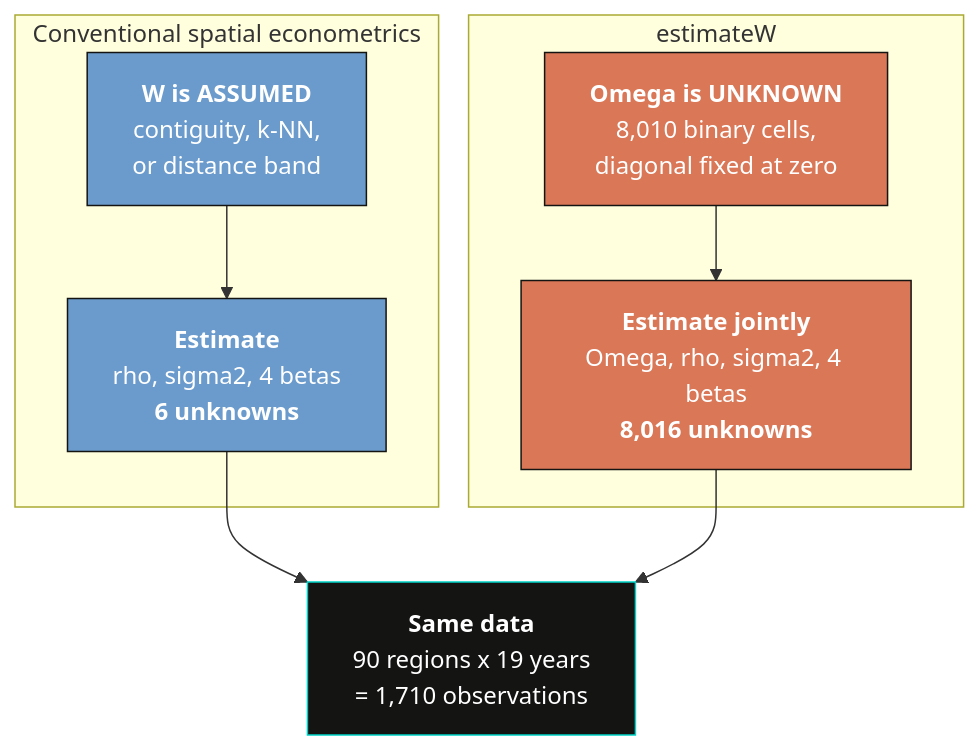
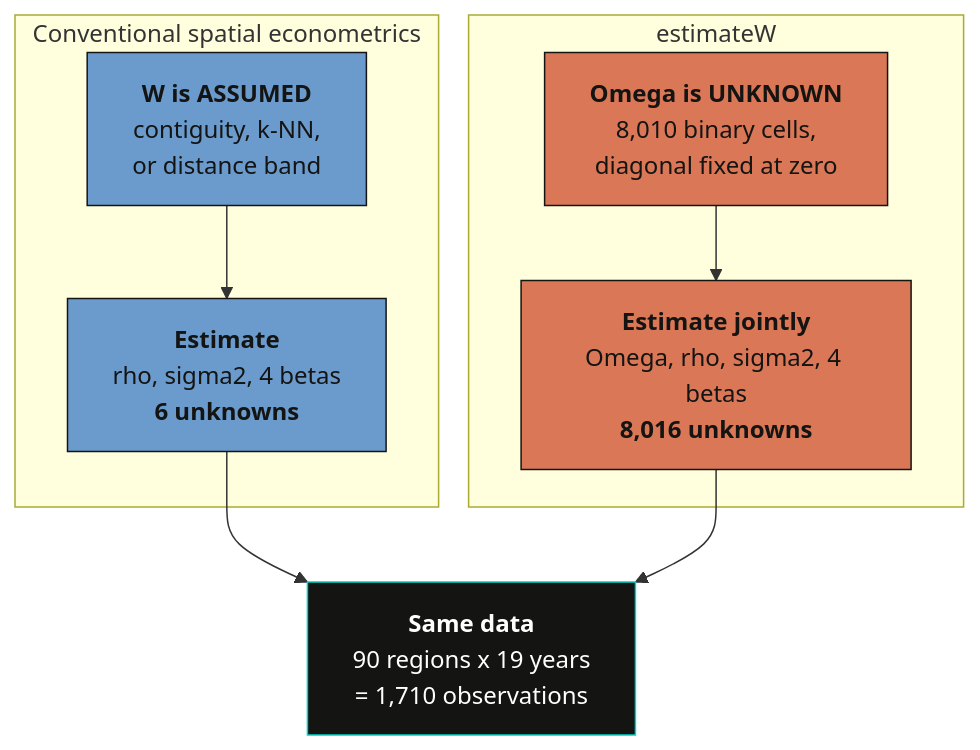
One commit to cmg777/starter-academic-v501 changed the second of 4 diagrams in content/post/r_estimateW/index.md. Above: the diagram before and after it, drawn with Mermaid. The commit also changed other lines of this file and 67 other files, not shown here.

First line of the commit message:
fix(mermaid): readable diagram text in both themes across the site

````diff
--- a/content/post/r_estimateW/index.md
+++ b/content/post/r_estimateW/index.md
@@ -485,23 +485,23 @@
 ```mermaid
 graph TD
     subgraph CONV["Conventional spatial econometrics"]
     C1["<b>W is ASSUMED</b><br/>contiguity, k-NN,<br/>or distance band"]
     C2["<b>Estimate</b><br/>rho, sigma2, 4 betas<br/><b>6 unknowns</b>"]
     end
 
     subgraph EST["estimateW"]
     E1["<b>Omega is UNKNOWN</b><br/>8,010 binary cells,<br/>diagonal fixed at zero"]
     E2["<b>Estimate jointly</b><br/>Omega, rho, sigma2, 4 betas<br/><b>8,016 unknowns</b>"]
     end
 
     C1 --> C2
     E1 --> E2
     C2 --> Q["<b>Same data</b><br/>90 regions x 19 years<br/>= 1,710 observations"]
     E2 --> Q
 
-    style C1 fill:#6a9bcc,stroke:#141413,color:#fff
-    style C2 fill:#6a9bcc,stroke:#141413,color:#fff
-    style E1 fill:#d97757,stroke:#141413,color:#fff
-    style E2 fill:#d97757,stroke:#141413,color:#fff
+    style C1 fill:#6a9bcc,stroke:#141413,color:#141413
+    style C2 fill:#6a9bcc,stroke:#141413,color:#141413
+    style E1 fill:#d97757,stroke:#141413,color:#141413
+    style E2 fill:#d97757,stroke:#141413,color:#141413
     style Q fill:#141413,stroke:#00d4c8,color:#fff
 ```
````
